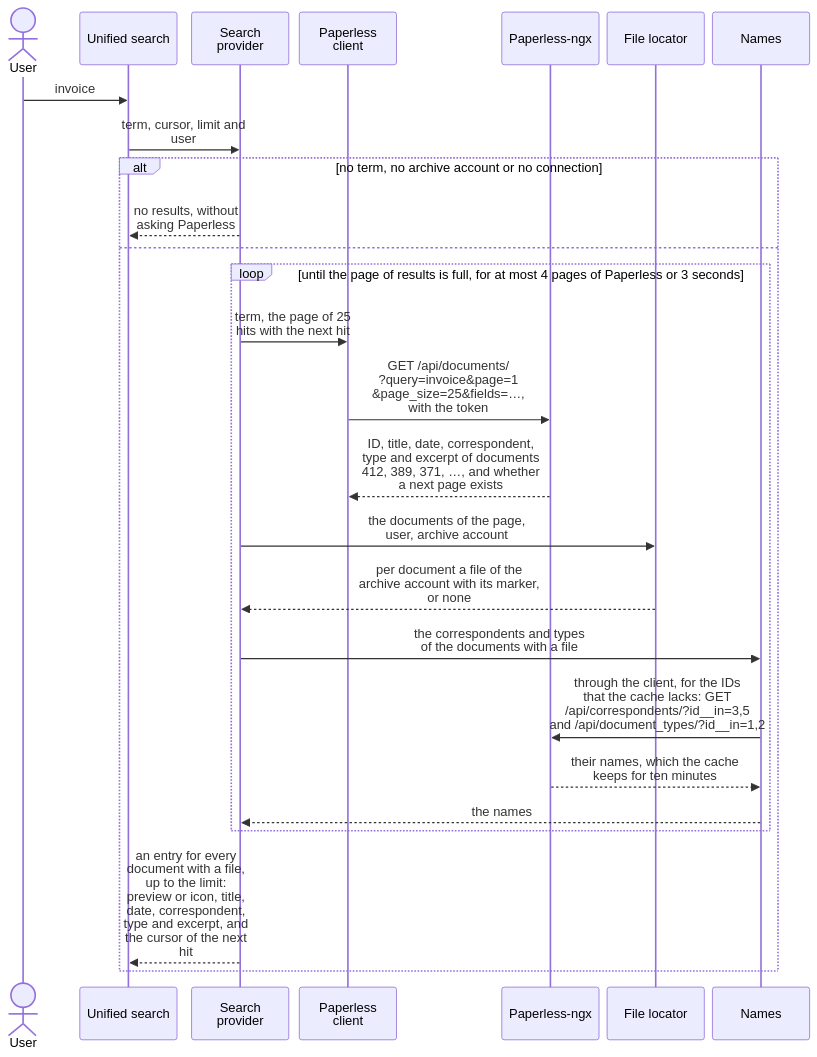
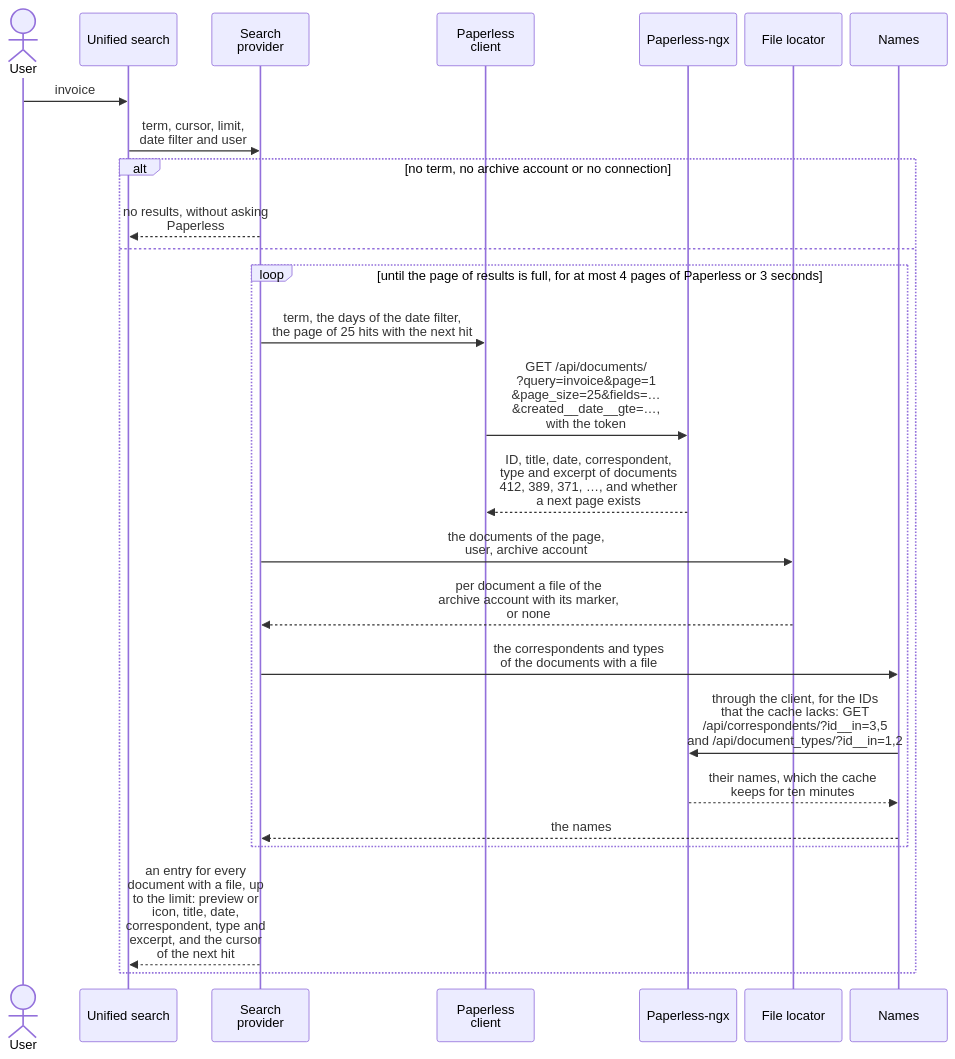
The diagram in docs/diagrams/the-data-flow-of-a-search.mmd (Dennis-Otto/paperless-unified-search), drawn with Mermaid before and after one commit. The commit also changed 15 other files, not shown here.

First line of the commit message:
feat(search): let Nextcloud's date filter narrow Paperless results (#154)

```diff
--- a/docs/diagrams/the-data-flow-of-a-search.mmd
+++ b/docs/diagrams/the-data-flow-of-a-search.mmd
@@ -1,36 +1,36 @@
 ---
 config:
   sequence:
     wrap: true
     width: 120
     actorMargin: 10
 ---
 sequenceDiagram
     accTitle: The data flow of a search
-    accDescr: A user searches for invoice. The unified search passes the term, the cursor, the limit and the user to the search provider. Without a term, an archive account or a connection, the provider answers with no results and doesn't ask Paperless. Otherwise, until the page of results is full, the Paperless client asks Paperless-ngx with the token for the page of 25 hits that holds the next hit, and only for the fields that a result shows, and Paperless answers with the ID, the title, the date, the IDs of the correspondent and the type and the excerpt of documents 412, 389, 371 and more, and whether a next page exists. One call of the file locator covers all documents of that page and returns for each a file of the archive account with its marker, or none. For the documents with a file, the names ask Paperless, through the client, for the correspondents and the types that the cache doesn't hold, with one request per kind, and keep their names for ten minutes. This repeats for at most 4 pages of Paperless or 3 seconds. The provider answers with an entry for every document with a file, up to the limit, with the preview of the file or the icon of its type, the title, the date in the language of the user, the correspondent, the type and the excerpt, and the cursor of the first hit that it didn't go through.
+    accDescr: A user searches for invoice. The unified search passes the term, the cursor, the limit, the date filter and the user to the search provider. Without a term, an archive account or a connection, the provider answers with no results and doesn't ask Paperless. Otherwise, until the page of results is full, the Paperless client asks Paperless-ngx with the token for the page of 25 hits that holds the next hit, within the days of the date filter, and only for the fields that a result shows, and Paperless answers with the ID, the title, the date, the IDs of the correspondent and the type and the excerpt of documents 412, 389, 371 and more, and whether a next page exists. One call of the file locator covers all documents of that page and returns for each a file of the archive account with its marker, or none. For the documents with a file, the names ask Paperless, through the client, for the correspondents and the types that the cache doesn't hold, with one request per kind, and keep their names for ten minutes. This repeats for at most 4 pages of Paperless or 3 seconds. The provider answers with an entry for every document with a file, up to the limit, with the preview of the file or the icon of its type, the title, the date in the language of the user, the correspondent, the type and the excerpt, and the cursor of the first hit that it didn't go through.
 
     actor User
     participant Search as Unified search
     participant Provider as Search provider
     participant Client as Paperless client
     participant Paperless as Paperless-ngx
     participant Locator as File locator
     participant Names as Names
     User->>Search: invoice
-    Search->>Provider: term, cursor, limit and user
+    Search->>Provider: term, cursor, limit,<br>date filter and user
     alt no term, no archive account or no connection
         Provider-->>Search: no results, without asking Paperless
     else
         loop until the page of results is full, for at most 4 pages of Paperless or 3 seconds
-            Provider->>Client: term, the page of 25 hits with the next hit
-            Client->>Paperless: GET /api/documents/<br>?query=invoice&page=1<br>&page_size=25&fields=…,<br>with the token
+            Provider->>Client: term, the days of the date filter,<br>the page of 25 hits with the next hit
+            Client->>Paperless: GET /api/documents/<br>?query=invoice&page=1<br>&page_size=25&fields=…<br>&created__date__gte=…,<br>with the token
             Paperless-->>Client: ID, title, date, correspondent,<br>type and excerpt of documents<br>412, 389, 371, …, and whether<br>a next page exists
             Provider->>Locator: the documents of the page,<br>user, archive account
             Locator-->>Provider: per document a file of the<br>archive account with its marker,<br>or none
             Provider->>Names: the correspondents and types<br>of the documents with a file
             Names->>Paperless: through the client, for the IDs<br>that the cache lacks: GET<br>/api/correspondents/?id__in=3,5<br>and /api/document_types/?id__in=1,2
             Paperless-->>Names: their names, which the cache<br>keeps for ten minutes
             Names-->>Provider: the names
         end
         Provider-->>Search: an entry for every document with a file, up to the limit: preview or icon, title, date, correspondent, type and excerpt, and the cursor of the next hit
     end
```
